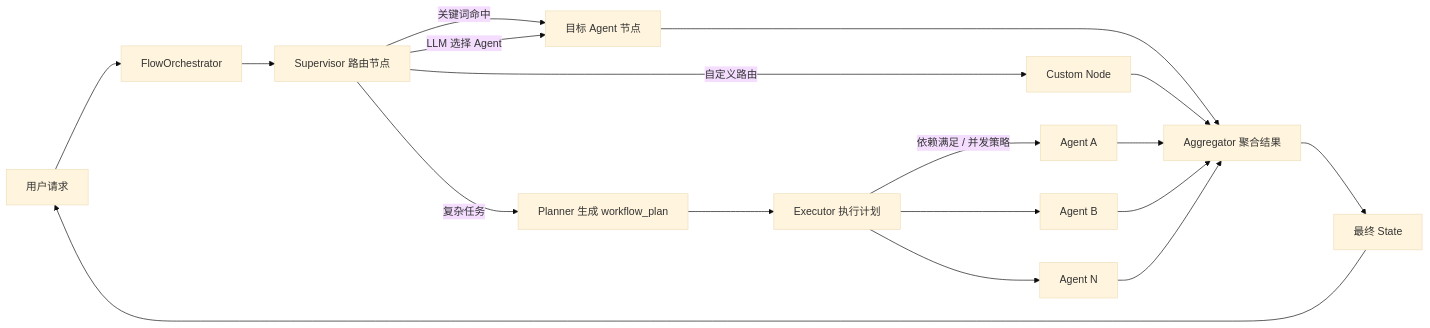
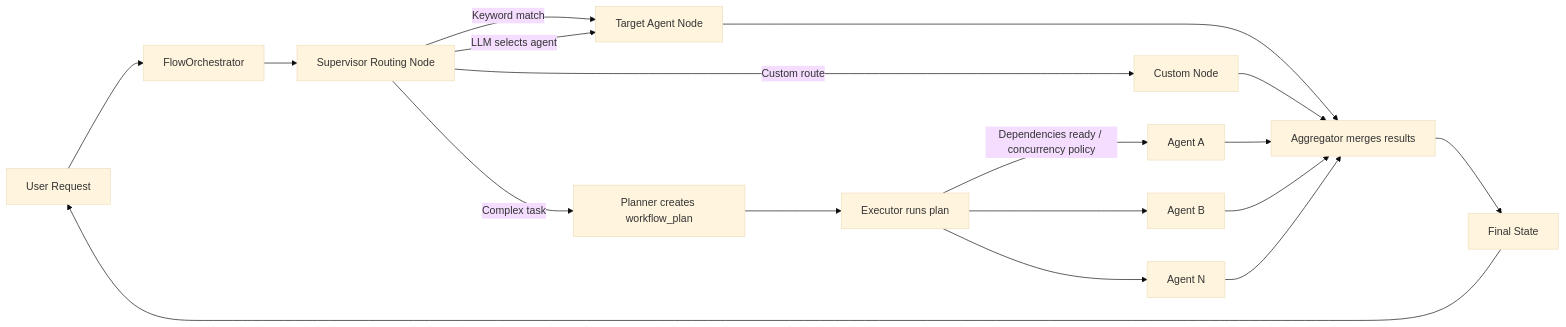
The first of 3 diagrams in README.md (ZChunzi/LangDeep), drawn with Mermaid (base theme) before and after one commit. The commit also changed other lines of this file and 1 other file, not shown here.

````diff
--- a/README.md
+++ b/README.md
@@ -189,24 +191,24 @@
 ```mermaid
 flowchart LR
-    User["用户请求"] --> Orchestrator["FlowOrchestrator"]
-    Orchestrator --> Supervisor["Supervisor 路由节点"]
+    User["User Request"] --> Orchestrator["FlowOrchestrator"]
+    Orchestrator --> Supervisor["Supervisor Routing Node"]
 
-    Supervisor -->|"关键词命中"| AgentNode["目标 Agent 节点"]
-    Supervisor -->|"LLM 选择 Agent"| AgentNode
-    Supervisor -->|"复杂任务"| Planner["Planner 生成 workflow_plan"]
-    Supervisor -->|"自定义路由"| CustomNode["Custom Node"]
+    Supervisor -->|"Keyword match"| AgentNode["Target Agent Node"]
+    Supervisor -->|"LLM selects agent"| AgentNode
+    Supervisor -->|"Complex task"| Planner["Planner creates workflow_plan"]
+    Supervisor -->|"Custom route"| CustomNode["Custom Node"]
 
-    Planner --> Executor["Executor 执行计划"]
-    Executor -->|"依赖满足 / 并发策略"| AgentA["Agent A"]
+    Planner --> Executor["Executor runs plan"]
+    Executor -->|"Dependencies ready / concurrency policy"| AgentA["Agent A"]
     Executor --> AgentB["Agent B"]
     Executor --> AgentN["Agent N"]
 
-    AgentNode --> Aggregator["Aggregator 聚合结果"]
+    AgentNode --> Aggregator["Aggregator merges results"]
     CustomNode --> Aggregator
     AgentA --> Aggregator
     AgentB --> Aggregator
     AgentN --> Aggregator
 
-    Aggregator --> FinalState["最终 State"]
+    Aggregator --> FinalState["Final State"]
     FinalState --> User
 ```
````
